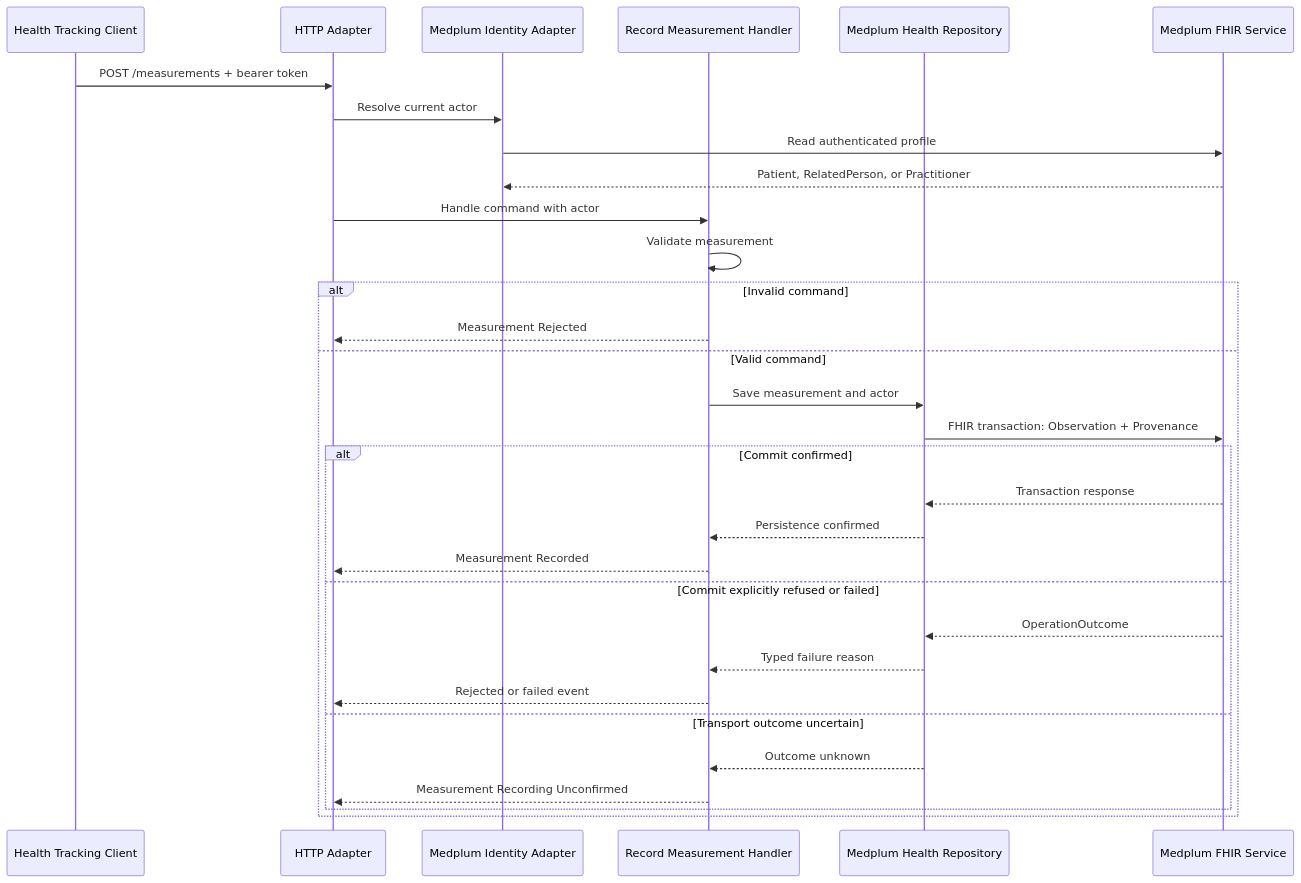
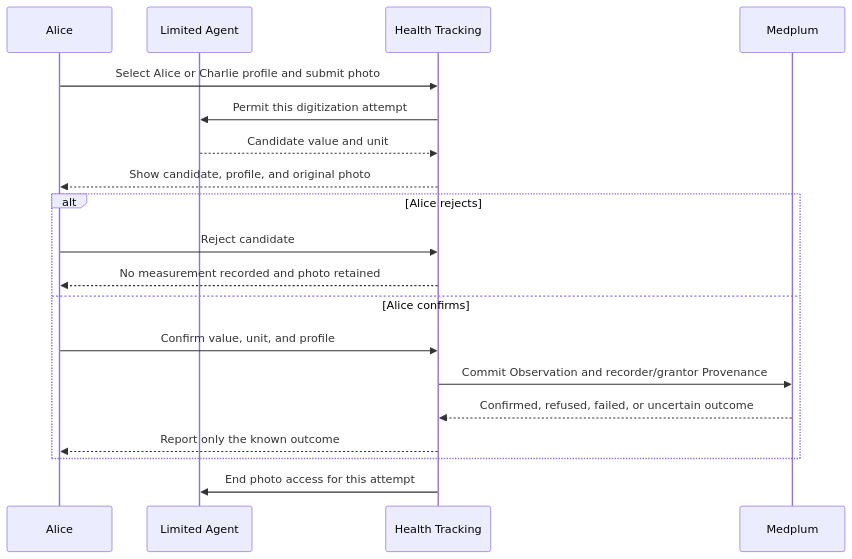
One commit to ragavsathish/medplum changed the second of 2 diagrams in dhf/documents/design/health_tracking.md. Above: the diagram before and after it, drawn with Mermaid. The commit also changed other lines of this file and 6 other files, not shown here.

````diff
--- a/dhf/documents/design/health_tracking.md
+++ b/dhf/documents/design/health_tracking.md
@@ -128,35 +117,22 @@
 ```mermaid
 sequenceDiagram
-    participant Client as Health Tracking Client
-    participant HTTP as HTTP Adapter
-    participant Identity as Medplum Identity Adapter
-    participant Handler as Record Measurement Handler
-    participant Repository as Medplum Health Repository
-    participant Medplum as Medplum FHIR Service
+    participant Alice
+    participant Agent as Limited Agent
+    participant Tracking as Health Tracking
+    participant Medplum
 
-    Client->>HTTP: POST /measurements + bearer token
-    HTTP->>Identity: Resolve current actor
-    Identity->>Medplum: Read authenticated profile
-    Medplum-->>Identity: Patient, RelatedPerson, or Practitioner
-    HTTP->>Handler: Handle command with actor
-    Handler->>Handler: Validate measurement
-
-    alt Invalid command
-        Handler-->>HTTP: Measurement Rejected
-    else Valid command
-        Handler->>Repository: Save measurement and actor
-        Repository->>Medplum: FHIR transaction: Observation + Provenance
-        alt Commit confirmed
-            Medplum-->>Repository: Transaction response
-            Repository-->>Handler: Persistence confirmed
-            Handler-->>HTTP: Measurement Recorded
-        else Commit explicitly refused or failed
-            Medplum-->>Repository: OperationOutcome
-            Repository-->>Handler: Typed failure reason
-            Handler-->>HTTP: Rejected or failed event
-        else Transport outcome uncertain
-            Repository-->>Handler: Outcome unknown
-            Handler-->>HTTP: Measurement Recording Unconfirmed
-        end
+    Alice->>Tracking: Select Alice or Charlie profile and submit photo
+    Tracking->>Agent: Permit this digitization attempt
+    Agent-->>Tracking: Candidate value and unit
+    Tracking-->>Alice: Show candidate, profile, and original photo
+    alt Alice rejects
+        Alice->>Tracking: Reject candidate
+        Tracking-->>Alice: No measurement recorded and photo retained
+    else Alice confirms
+        Alice->>Tracking: Confirm value, unit, and profile
+        Tracking->>Medplum: Commit Observation and recorder/grantor Provenance
+        Medplum-->>Tracking: Confirmed, refused, failed, or uncertain outcome
+        Tracking-->>Alice: Report only the known outcome
     end
+    Tracking->>Agent: End photo access for this attempt
 ```
````
